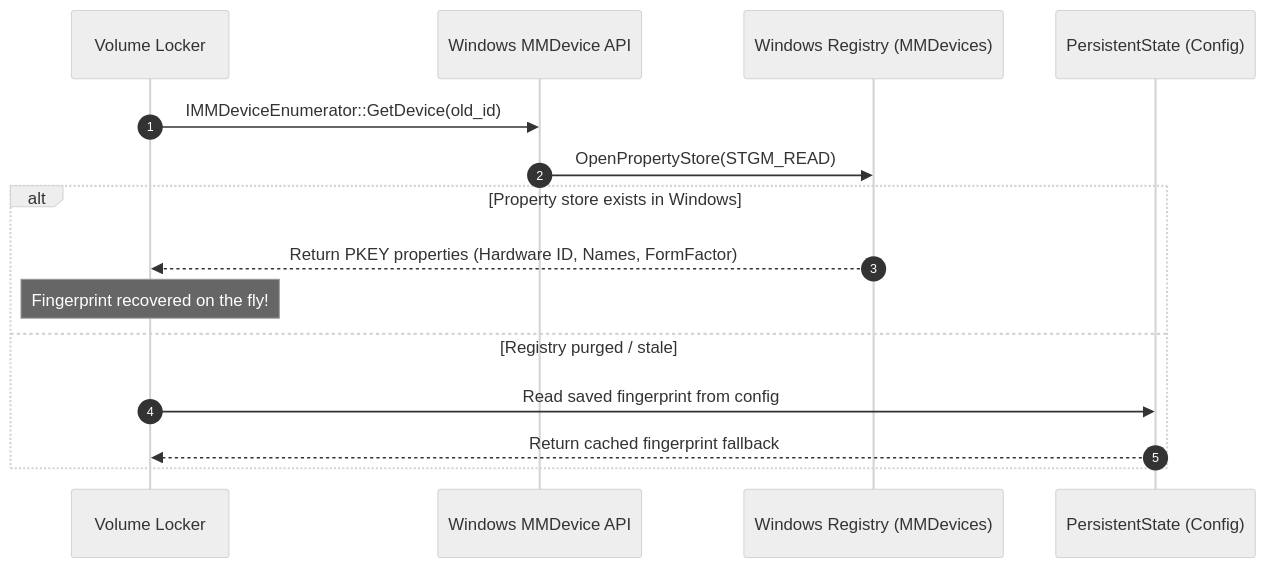
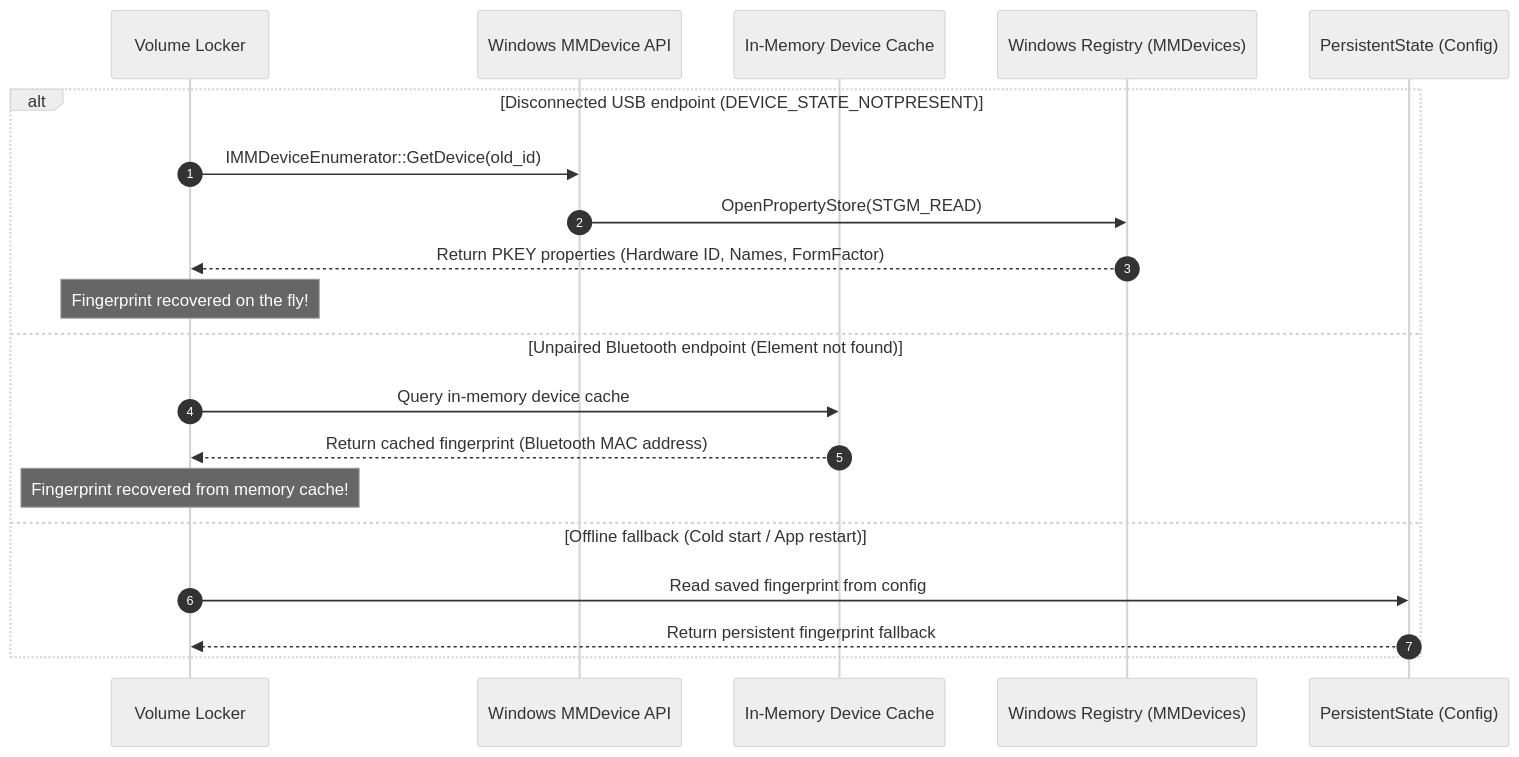
The third of 9 diagrams in docs/device-id-migration.md (felipecrs/volume-locker), drawn with Mermaid (neutral theme) before and after one commit. The commit also changed other lines of this file and 1 other file, not shown here.

Commit message:
docs: update architecture docs and release notes with logging and cache details

````diff
--- a/docs/device-id-migration.md
+++ b/docs/device-id-migration.md
@@ -65,18 +67,23 @@
 ```mermaid
 sequenceDiagram
     autonumber
     participant APP as Volume Locker
     participant MM as Windows MMDevice API
+    participant MEM as In-Memory Device Cache
     participant REG as Windows Registry (MMDevices)
     participant CFG as PersistentState (Config)
 
-    APP->>MM: IMMDeviceEnumerator::GetDevice(old_id)
-    MM->>REG: OpenPropertyStore(STGM_READ)
-    alt Property store exists in Windows
+    alt Disconnected USB endpoint (DEVICE_STATE_NOTPRESENT)
+        APP->>MM: IMMDeviceEnumerator::GetDevice(old_id)
+        MM->>REG: OpenPropertyStore(STGM_READ)
         REG-->>APP: Return PKEY properties (Hardware ID, Names, FormFactor)
         Note over APP: Fingerprint recovered on the fly!
-    else Registry purged / stale
+    else Unpaired Bluetooth endpoint (Element not found)
+        APP->>MEM: Query in-memory device cache
+        MEM-->>APP: Return cached fingerprint (Bluetooth MAC address)
+        Note over APP: Fingerprint recovered from memory cache!
+    else Offline fallback (Cold start / App restart)
         APP->>CFG: Read saved fingerprint from config
-        CFG-->>APP: Return cached fingerprint fallback
+        CFG-->>APP: Return persistent fingerprint fallback
     end
 ```
````
